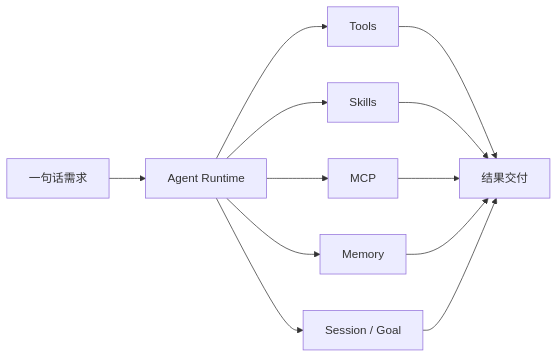
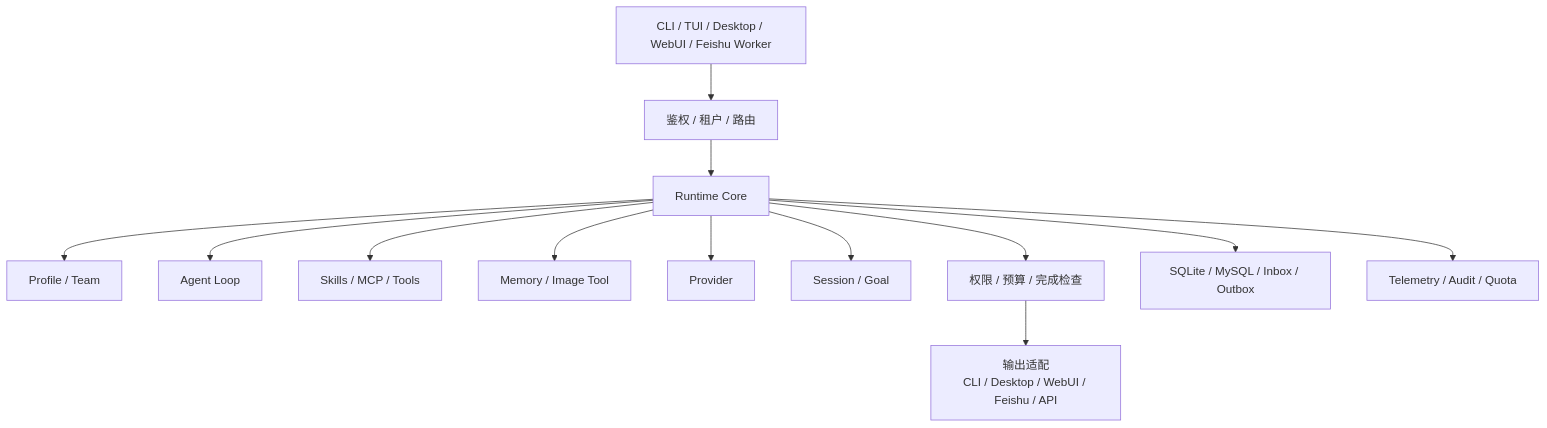
Before and after one commit to konglong87/go-e2e: the diagram in README.md, drawn with Mermaid. The commit also changed other lines of this file and 14 other files, not shown here.

Commit message:
docs: clarify settings and runtime architecture

````diff
--- a/README.md
+++ b/README.md
@@ -237,14 +60,15 @@
 ```mermaid
-flowchart LR
-    A[一句话需求] --> B[Agent Runtime]
-    B --> C[Tools]
-    B --> D[Skills]
-    B --> E[MCP]
-    B --> F[Memory]
-    B --> G[Session / Goal]
-    C --> H[结果交付]
-    D --> H
-    E --> H
-    F --> H
-    G --> H
+flowchart TB
+  A["CLI / TUI / Desktop / WebUI / Feishu Worker"] --> B["鉴权 / 租户 / 路由"]
+  B --> C["Runtime Core"]
+  C --> D["Profile / Team"]
+  C --> E["Agent Loop"]
+  C --> F["Skills / MCP / Tools"]
+  C --> G["Memory / Image Tool"]
+  C --> H["Provider"]
+  C --> I["Session / Goal"]
+  C --> J["权限 / 预算 / 完成检查"]
+  C --> K["SQLite / MySQL / Inbox / Outbox"]
+  C --> L["Telemetry / Audit / Quota"]
+  J --> M["输出适配<br/>CLI / Desktop / WebUI / Feishu / API"]
 ```
````
